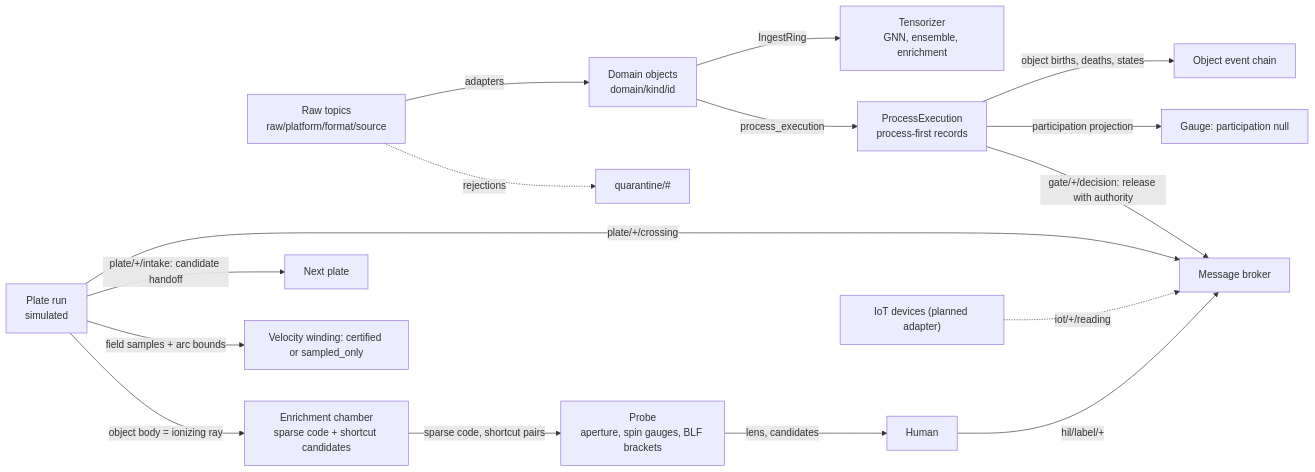
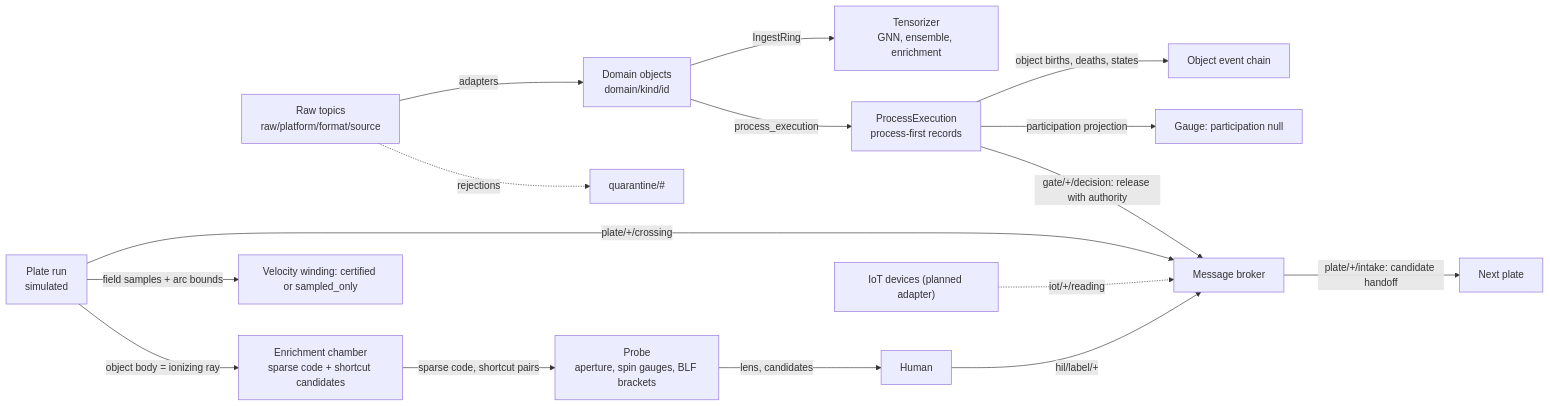
The diagram in docs/README.md (jamescavanagh/currentcraft), drawn with Mermaid before and after one commit.

Commit message:
docs: preserve existing index diagram unchanged

````diff
--- a/docs/README.md
+++ b/docs/README.md
@@ -68,18 +68,18 @@
 ```mermaid
 flowchart LR
   RAW["Raw topics<br/>raw/platform/format/source"] -->|"adapters"| DOM["Domain objects<br/>domain/kind/id"]
   DOM -->|"IngestRing"| TZ["Tensorizer<br/>GNN, ensemble, enrichment"]
   RAW -.->|"rejections"| Q["quarantine/#"]
   DOM -->|"process_execution"| PX
   PX["ProcessExecution<br/>process-first records"] -->|"object births, deaths, states"| EV["Object event chain"]
   PX -->|"participation projection"| GA["Gauge: participation null"]
   PL["Plate run<br/>simulated"] -->|"plate/+/crossing"| BR["Message broker"]
-  PL -->|"plate/+/intake: candidate handoff"| PL2["Next plate"]
+  BR -->|"plate/+/intake: candidate handoff"| PL2["Next plate"]
   PX -->|"gate/+/decision: release with authority"| BR
   PL -->|"field samples + arc bounds"| VW["Velocity winding: certified or sampled_only"]
   PL -->|"object body = ionizing ray"| EN["Enrichment chamber<br/>sparse code + shortcut candidates"]
   EN -->|"sparse code, shortcut pairs"| PB["Probe<br/>aperture, spin gauges, BLF brackets"]
   PB -->|"lens, candidates"| HUM["Human"]
   HUM -->|"hil/label/+"| BR
   IOT["IoT devices (planned adapter)"] -.->|"iot/+/reading"| BR
 ```
````
